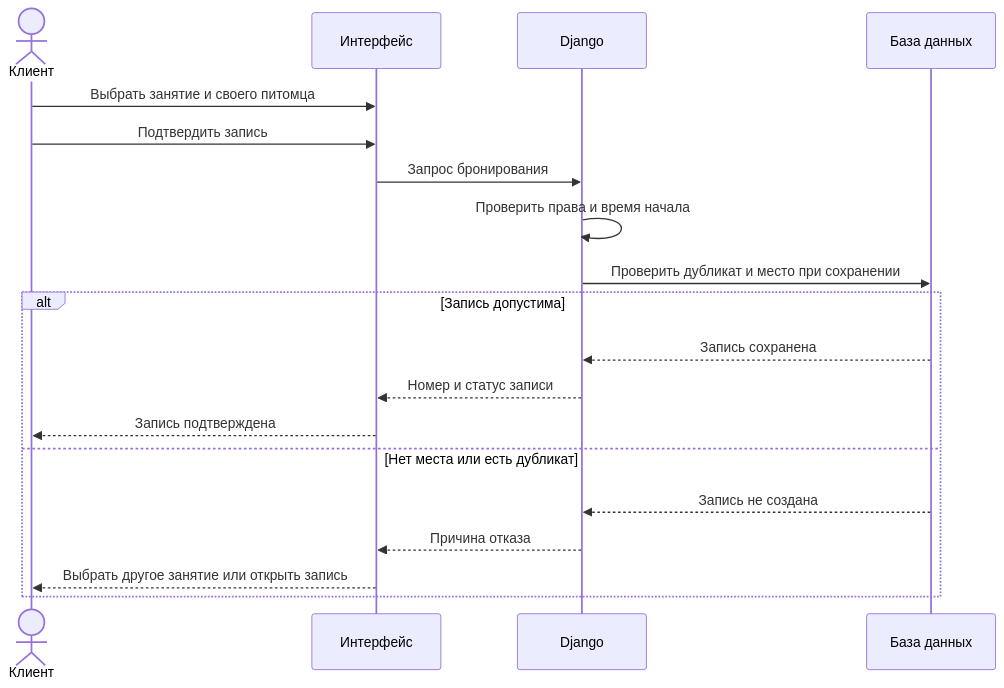
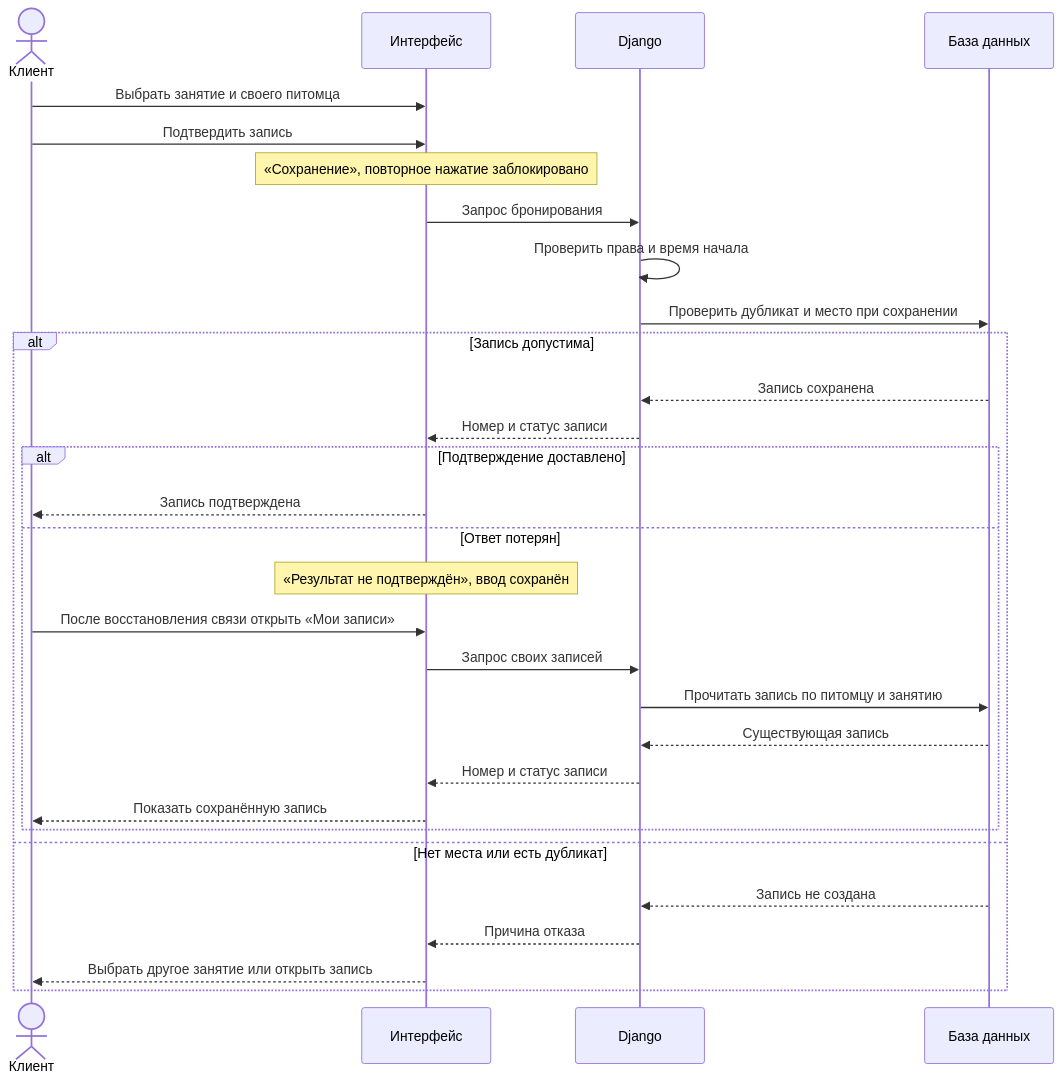
One commit to zakateyvaleriya2003-pixel/crazy-dog-booking-docs changed the third of 4 diagrams in docs/diagrams.md. Above: the diagram before and after it, drawn with Mermaid. The commit also changed other lines of this file and 2 other files, not shown here.

Commit message:
Согласованы сценарии, архитектура и диаграмма классов

````diff
--- a/docs/diagrams.md
+++ b/docs/diagrams.md
@@ -39,21 +39,32 @@
 ```mermaid
 sequenceDiagram
     actor Client as Клиент
     participant UI as Интерфейс
     participant App as Django
     participant DB as База данных
     Client->>UI: Выбрать занятие и своего питомца
     Client->>UI: Подтвердить запись
+    Note over UI: «Сохранение», повторное нажатие заблокировано
     UI->>App: Запрос бронирования
     App->>App: Проверить права и время начала
     App->>DB: Проверить дубликат и место при сохранении
     alt Запись допустима
         DB-->>App: Запись сохранена
         App-->>UI: Номер и статус записи
-        UI-->>Client: Запись подтверждена
+        alt Подтверждение доставлено
+            UI-->>Client: Запись подтверждена
+        else Ответ потерян
+            Note over UI: «Результат не подтверждён», ввод сохранён
+            Client->>UI: После восстановления связи открыть «Мои записи»
+            UI->>App: Запрос своих записей
+            App->>DB: Прочитать запись по питомцу и занятию
+            DB-->>App: Существующая запись
+            App-->>UI: Номер и статус записи
+            UI-->>Client: Показать сохранённую запись
+        end
     else Нет места или есть дубликат
         DB-->>App: Запись не создана
         App-->>UI: Причина отказа
         UI-->>Client: Выбрать другое занятие или открыть запись
     end
 ```
````
